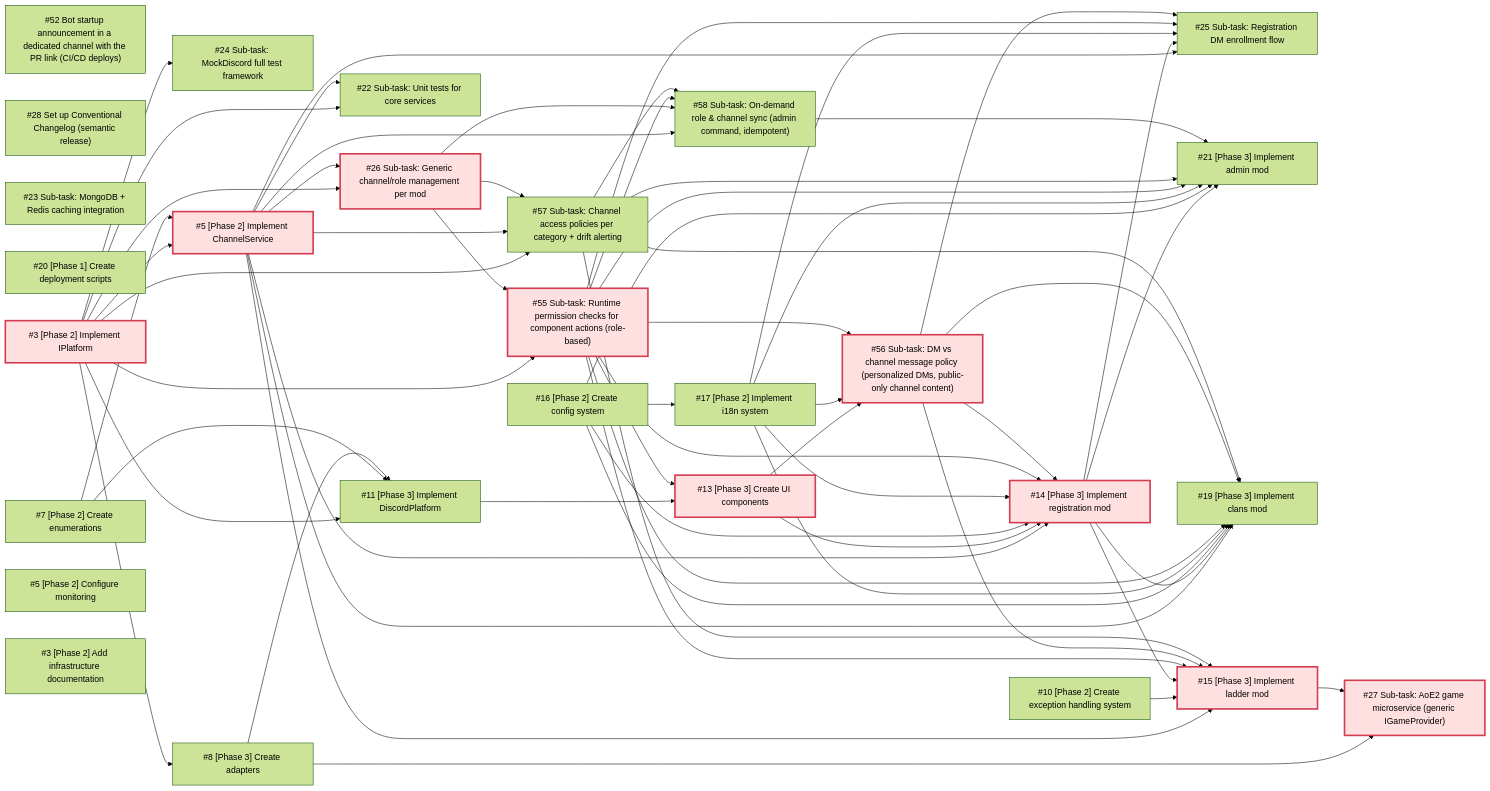
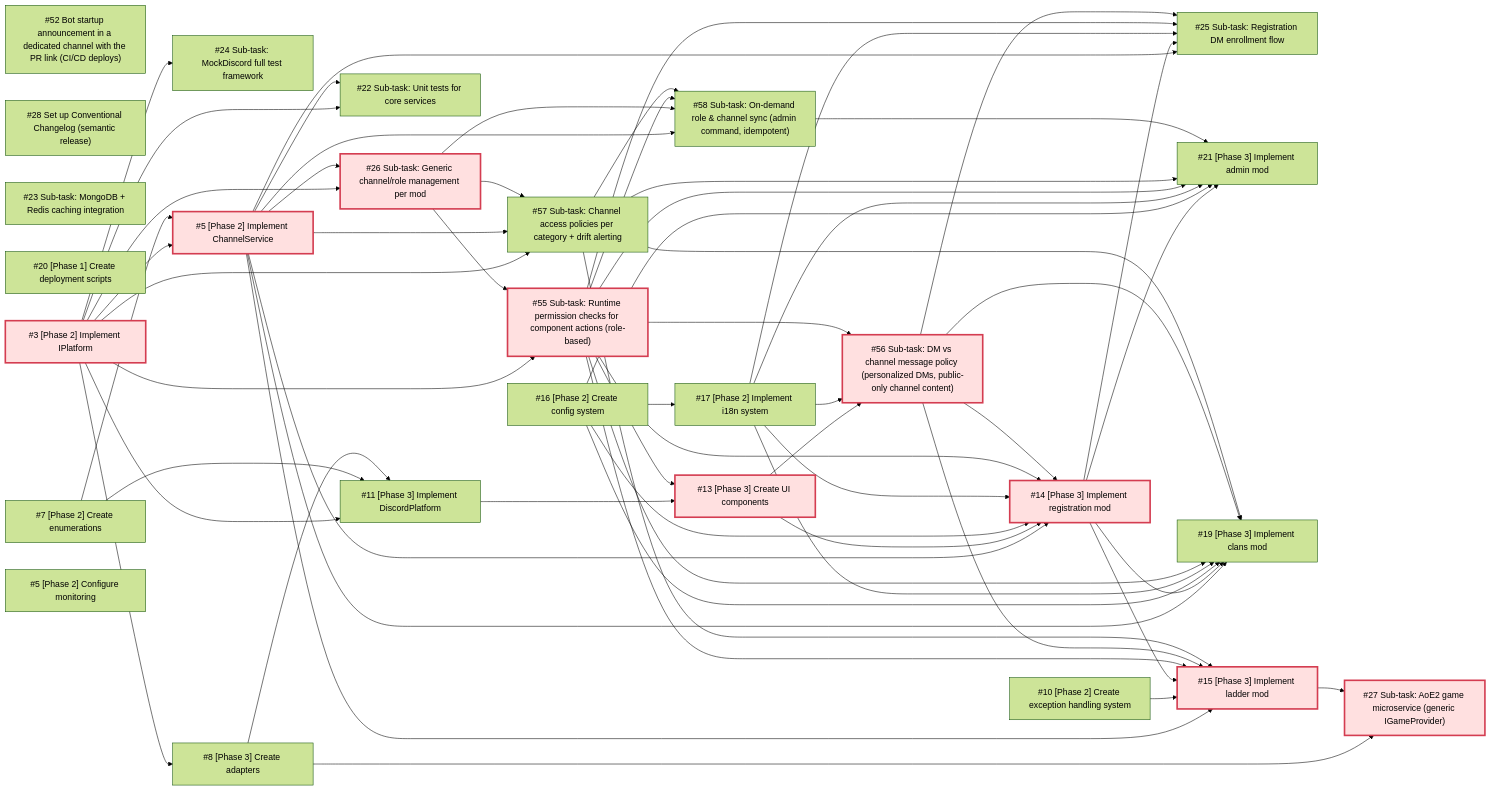
One commit to merlin-pinpin-org/kingdoms changed the diagram in docs/DEPENDENCIES.md. Above: the diagram before and after it, drawn with Mermaid (forest theme). The commit also changed other lines of this file and 1 other file, not shown here.

Commit message:
docs(roadmap): sync with GitHub issues (#102)

```diff
--- a/docs/DEPENDENCIES.md
+++ b/docs/DEPENDENCIES.md
@@ -54,7 +54,6 @@
     ks_5["#5 [Phase 2] Implement ChannelService"]
     ks_3["#3 [Phase 2] Implement IPlatform"]
     ki_5["#5 [Phase 2] Configure monitoring"]
-    ki_3["#3 [Phase 2] Add infrastructure documentation"]
     ks_5 --> ks_58
     ks_26 --> ks_58
     ks_55 --> ks_58
```
